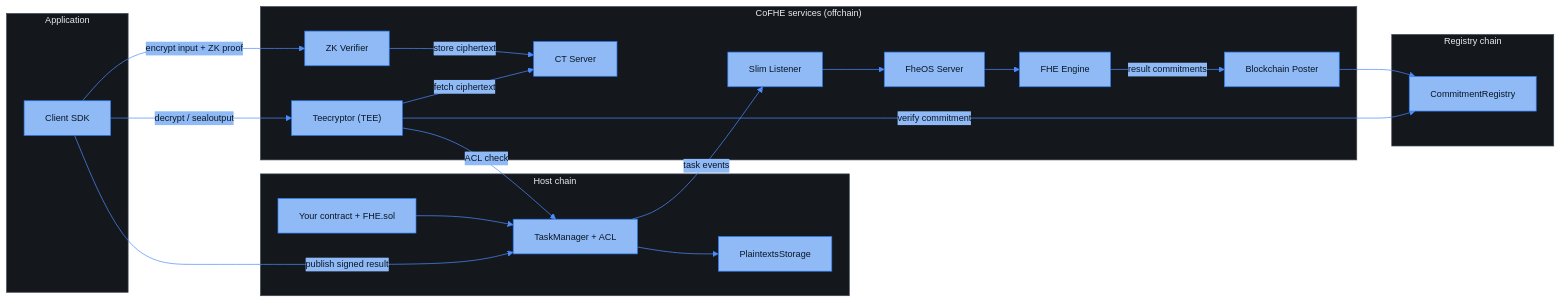
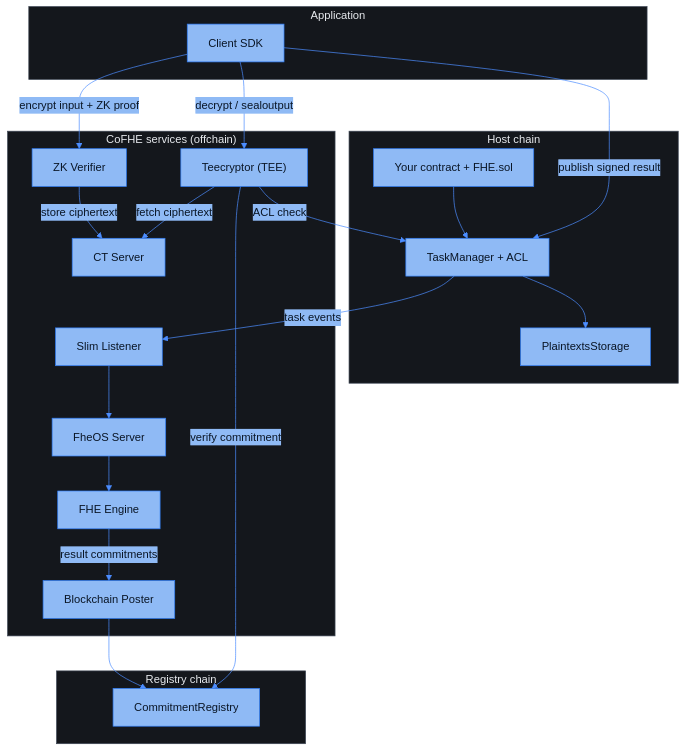
The diagram in deep-dive/cofhe-components/overview.mdx (FhenixProtocol/fhenix-developer-docs), drawn with Mermaid before and after one commit. The commit also changed other lines of this file and 9 other files, not shown here.

Commit message:
[DOCS] deep-dive: sweep fixes (links, cross-page consistency, tone, table guards) and readable diagram sizing

````diff
--- a/deep-dive/cofhe-components/overview.mdx
+++ b/deep-dive/cofhe-components/overview.mdx
@@ -8,42 +8,42 @@
 ```mermaid
-%%{init: {"theme": "base", "themeVariables": {"fontFamily": "Menlo, Monaco, Consolas, monospace", "fontSize": "13px", "primaryColor": "#8FBAF5", "primaryBorderColor": "#2E7CF6", "primaryTextColor": "#0A1626", "lineColor": "#4C8DFF", "signalColor": "#4C8DFF", "signalTextColor": "#8FA3BF", "actorBkg": "#8FBAF5", "actorBorder": "#2E7CF6", "actorTextColor": "#0A1626", "actorLineColor": "#3D4654", "noteBkgColor": "#14171C", "noteBorderColor": "#3D4654", "noteTextColor": "#AFC3DE", "activationBkgColor": "#1E3A5F", "activationBorderColor": "#4C8DFF", "clusterBkg": "#14171C", "clusterBorder": "#3D4654", "titleColor": "#E7EAEE", "edgeLabelBackground": "#8FBAF5", "textColor": "#AFC3DE", "labelTextColor": "#E7EAEE", "tertiaryColor": "#14171C", "loopTextColor": "#AFC3DE", "labelBoxBkgColor": "#1E3A5F", "labelBoxBorderColor": "#4C8DFF"}, "sequence": {"actorFontFamily": "Menlo, Monaco, Consolas, monospace", "messageFontFamily": "Menlo, Monaco, Consolas, monospace", "noteFontFamily": "Menlo, Monaco, Consolas, monospace", "width": 220}}}%%
-flowchart LR
+%%{init: {"theme": "base", "themeVariables": {"fontFamily": "Menlo, Monaco, Consolas, monospace", "fontSize": "16px", "primaryColor": "#8FBAF5", "primaryBorderColor": "#2E7CF6", "primaryTextColor": "#0A1626", "lineColor": "#4C8DFF", "signalColor": "#4C8DFF", "signalTextColor": "#8FA3BF", "actorBkg": "#8FBAF5", "actorBorder": "#2E7CF6", "actorTextColor": "#0A1626", "actorLineColor": "#3D4654", "noteBkgColor": "#14171C", "noteBorderColor": "#3D4654", "noteTextColor": "#AFC3DE", "activationBkgColor": "#1E3A5F", "activationBorderColor": "#4C8DFF", "clusterBkg": "#14171C", "clusterBorder": "#3D4654", "titleColor": "#E7EAEE", "edgeLabelBackground": "#8FBAF5", "textColor": "#AFC3DE", "labelTextColor": "#E7EAEE", "tertiaryColor": "#14171C", "loopTextColor": "#AFC3DE", "labelBoxBkgColor": "#1E3A5F", "labelBoxBorderColor": "#4C8DFF"}, "sequence": {"actorFontFamily": "Menlo, Monaco, Consolas, monospace", "messageFontFamily": "Menlo, Monaco, Consolas, monospace", "noteFontFamily": "Menlo, Monaco, Consolas, monospace", "width": 220, "actorFontSize": 16, "messageFontSize": 16, "noteFontSize": 15}}}%%
+flowchart TB
     subgraph App["Application"]
         SDK["Client SDK"]
     end
 
     subgraph Host["Host chain"]
         FHEC["Your contract + FHE.sol"]
         TM["TaskManager + ACL"]
         PS["PlaintextsStorage"]
     end
 
     subgraph CoFHE["CoFHE services (offchain)"]
         ZK["ZK Verifier"]
+        CTS["CT Server"]
         SL["Slim Listener"]
         FheOS["FheOS Server"]
         Engine["FHE Engine"]
-        CTS["CT Server"]
         BP["Blockchain Poster"]
         TEE["Teecryptor (TEE)"]
     end
 
     subgraph Registry["Registry chain"]
         CR["CommitmentRegistry"]
     end
 
     SDK -- "encrypt input + ZK proof" --> ZK
     ZK -- "store ciphertext" --> CTS
     FHEC --> TM
     TM -- "task events" --> SL
     SL --> FheOS
     FheOS --> Engine
     Engine -- "result commitments" --> BP
     BP --> CR
     SDK -- "decrypt / sealoutput" --> TEE
     TEE -- "ACL check" --> TM
     TEE -- "fetch ciphertext" --> CTS
     TEE -- "verify commitment" --> CR
     SDK -- "publish signed result" --> TM
     TM --> PS
 ```
````
